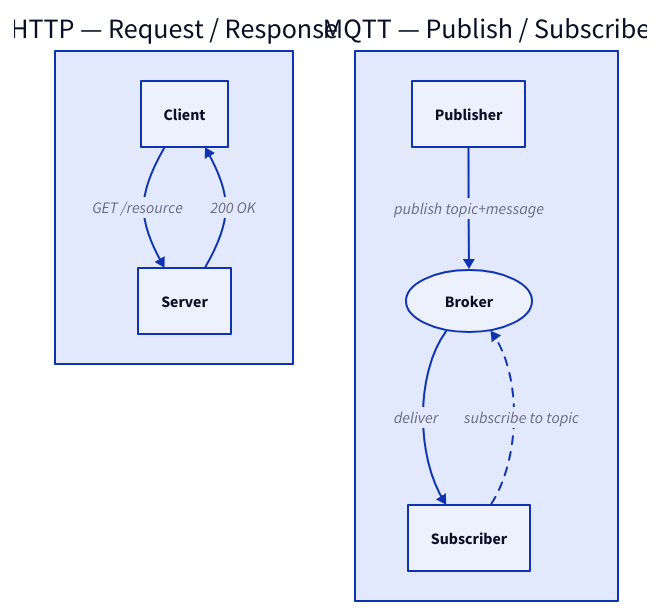
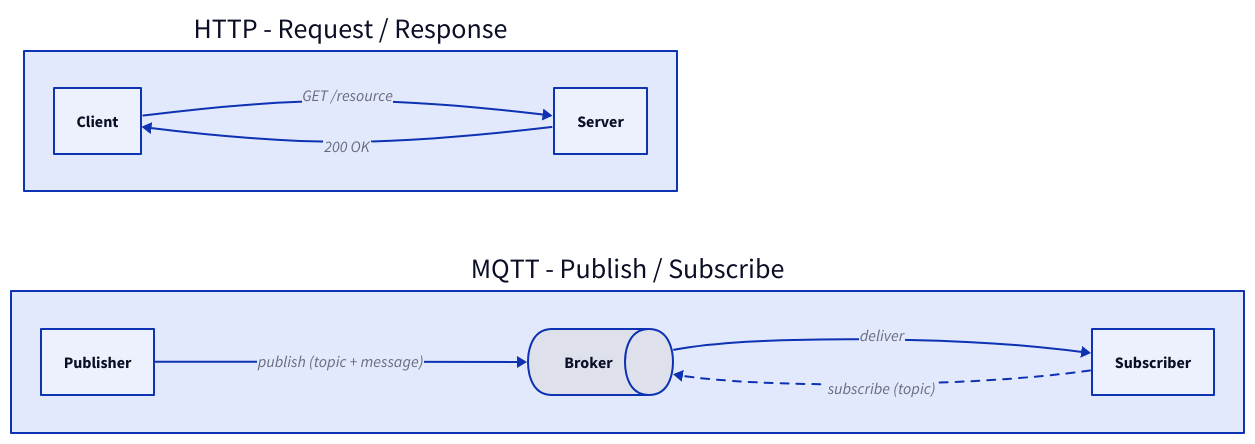
One commit to admiral-ai/zebra-handheld-rfid-iotc changed the first of 2 diagrams in docs/foundations/mqtt-primer.md. Above: the diagram before and after it, drawn with D2. The commit also changed other lines of this file and 40 other files, not shown here.

First line of the commit message:
Redesign all 54 D2 diagrams to a unified visual system

````diff
--- a/docs/foundations/mqtt-primer.md
+++ b/docs/foundations/mqtt-primer.md
@@ -20,18 +20,20 @@
 ```d2
-HTTP: "HTTP — Request / Response" {
+direction: right
+HTTP: "HTTP - Request / Response" {
   direction: right
   HC: Client
   HS: Server
   HC -> HS: GET /resource
   HS -> HC: 200 OK
 }
-MQTT: "MQTT — Publish / Subscribe" {
+MQTT: "MQTT - Publish / Subscribe" {
   direction: right
   MP: Publisher
-  MB: Broker { shape: oval }
+  MB: Broker { shape: queue }
   MS: Subscriber
-  MP -> MB: publish topic+message
-  MS -> MB: subscribe to topic { style.stroke-dash: 4 }
+  MP -> MB: publish (topic + message)
+  MS -> MB: subscribe (topic) { style.stroke-dash: 4 }
   MB -> MS: deliver
 }
+
 ```
````
